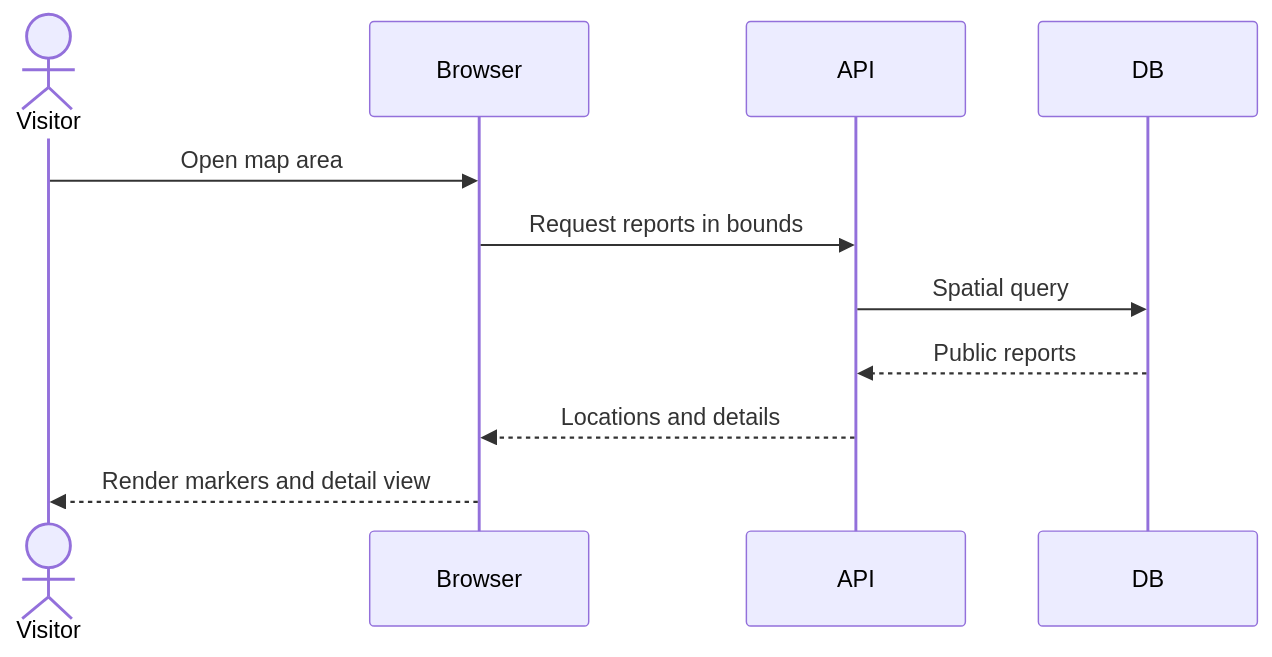
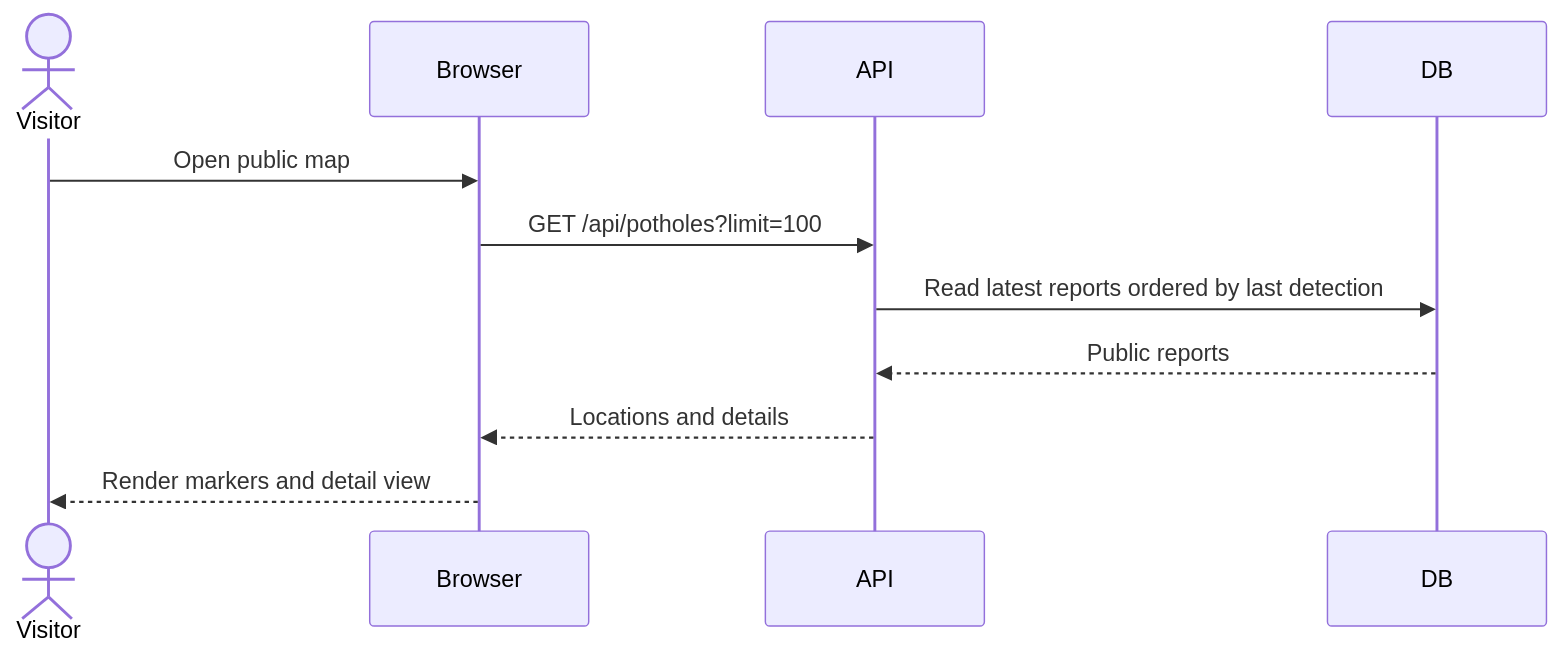
The fifth of 9 diagrams in RD_REPORT.md (QuangMinhNguyen27405/CEN4090L-open-pothole-tracker), drawn with Mermaid before and after one commit. The commit also changed other lines of this file and 15 other files, not shown here.

````diff
--- a/RD_REPORT.md
+++ b/RD_REPORT.md
@@ -167,13 +269,13 @@
 ```mermaid
 sequenceDiagram
   actor Visitor
   participant Browser
   participant API
   participant DB
-  Visitor->>Browser: Open map area
-  Browser->>API: Request reports in bounds
-  API->>DB: Spatial query
+  Visitor->>Browser: Open public map
+  Browser->>API: GET /api/potholes?limit=100
+  API->>DB: Read latest reports ordered by last detection
   DB-->>API: Public reports
   API-->>Browser: Locations and details
   Browser-->>Visitor: Render markers and detail view
 ```
````
